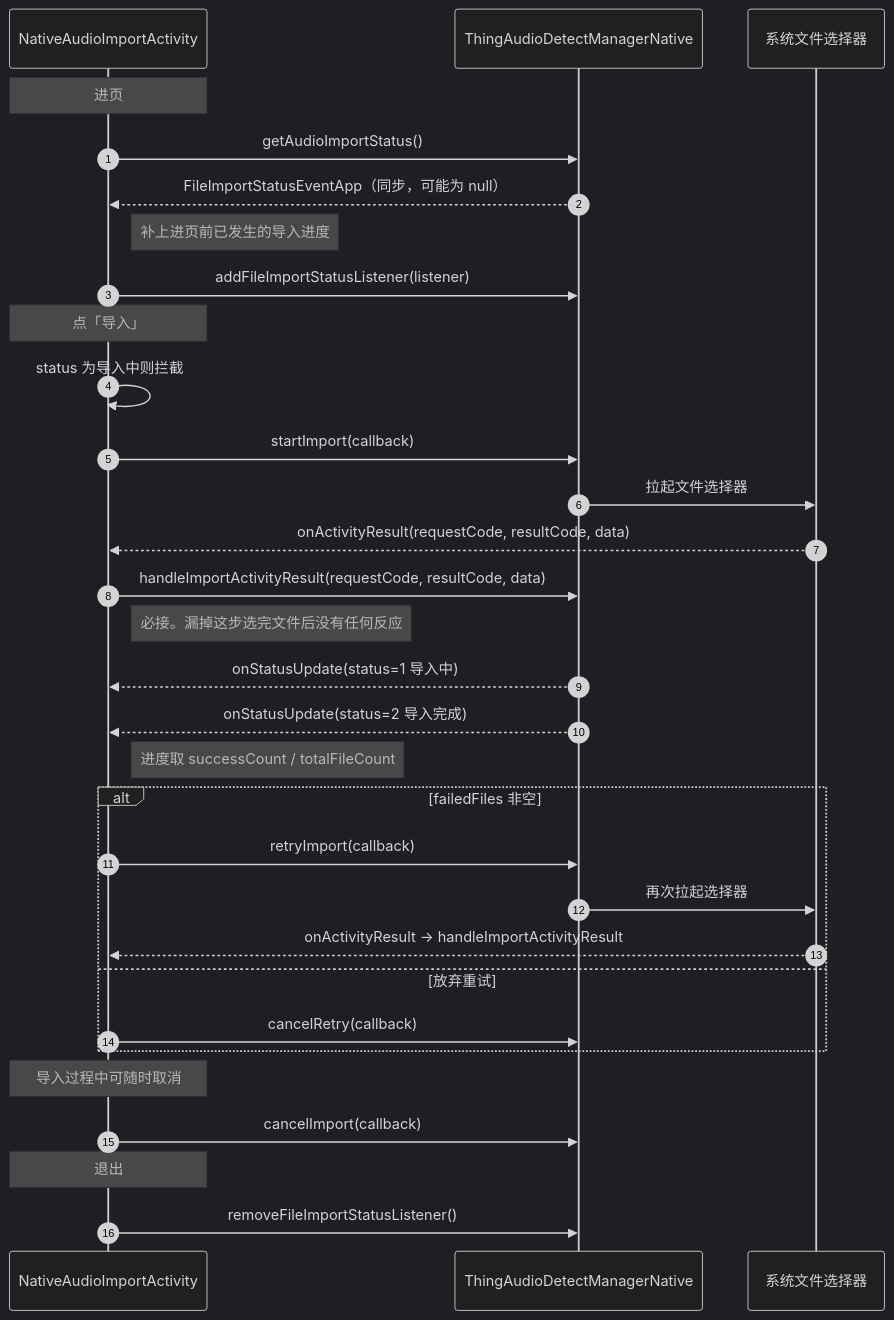
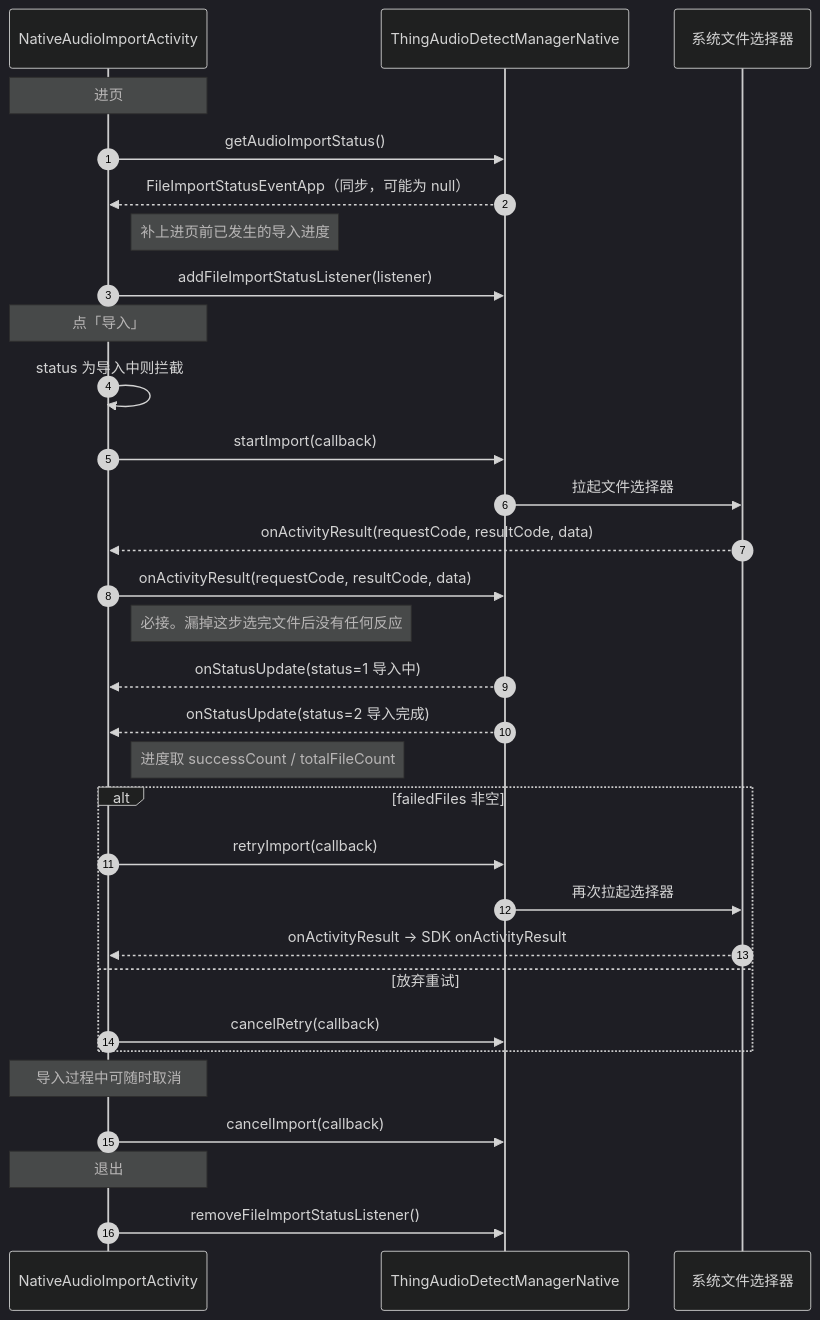
One commit to tuya/tuya-aivoice-android-sdk-sample changed the diagram in docs/modules/module-05-audio-import.md. Above: the diagram before and after it, drawn with Mermaid (dark theme). The commit also changed other lines of this file and 101 other files, not shown here.

````diff
--- a/docs/modules/module-05-audio-import.md
+++ b/docs/modules/module-05-audio-import.md
@@ -37,39 +37,39 @@
 ```mermaid
 sequenceDiagram
     autonumber
     participant UI as NativeAudioImportActivity
     participant SDK as ThingAudioDetectManagerNative
     participant Picker as 系统文件选择器
 
     Note over UI: 进页
     UI->>SDK: getAudioImportStatus()
     SDK-->>UI: FileImportStatusEventApp（同步，可能为 null）
     Note right of UI: 补上进页前已发生的导入进度
     UI->>SDK: addFileImportStatusListener(listener)
 
     Note over UI: 点「导入」
     UI->>UI: status 为导入中则拦截
     UI->>SDK: startImport(callback)
     SDK->>Picker: 拉起文件选择器
     Picker-->>UI: onActivityResult(requestCode, resultCode, data)
-    UI->>SDK: handleImportActivityResult(requestCode, resultCode, data)
+    UI->>SDK: onActivityResult(requestCode, resultCode, data)
     Note right of UI: 必接。漏掉这步选完文件后没有任何反应
 
     SDK-->>UI: onStatusUpdate(status=1 导入中)
     SDK-->>UI: onStatusUpdate(status=2 导入完成)
     Note right of UI: 进度取 successCount / totalFileCount
 
     alt failedFiles 非空
         UI->>SDK: retryImport(callback)
         SDK->>Picker: 再次拉起选择器
-        Picker-->>UI: onActivityResult → handleImportActivityResult
+        Picker-->>UI: onActivityResult → SDK onActivityResult
     else 放弃重试
         UI->>SDK: cancelRetry(callback)
     end
 
     Note over UI: 导入过程中可随时取消
     UI->>SDK: cancelImport(callback)
 
     Note over UI: 退出
     UI->>SDK: removeFileImportStatusListener()
 ```
````
